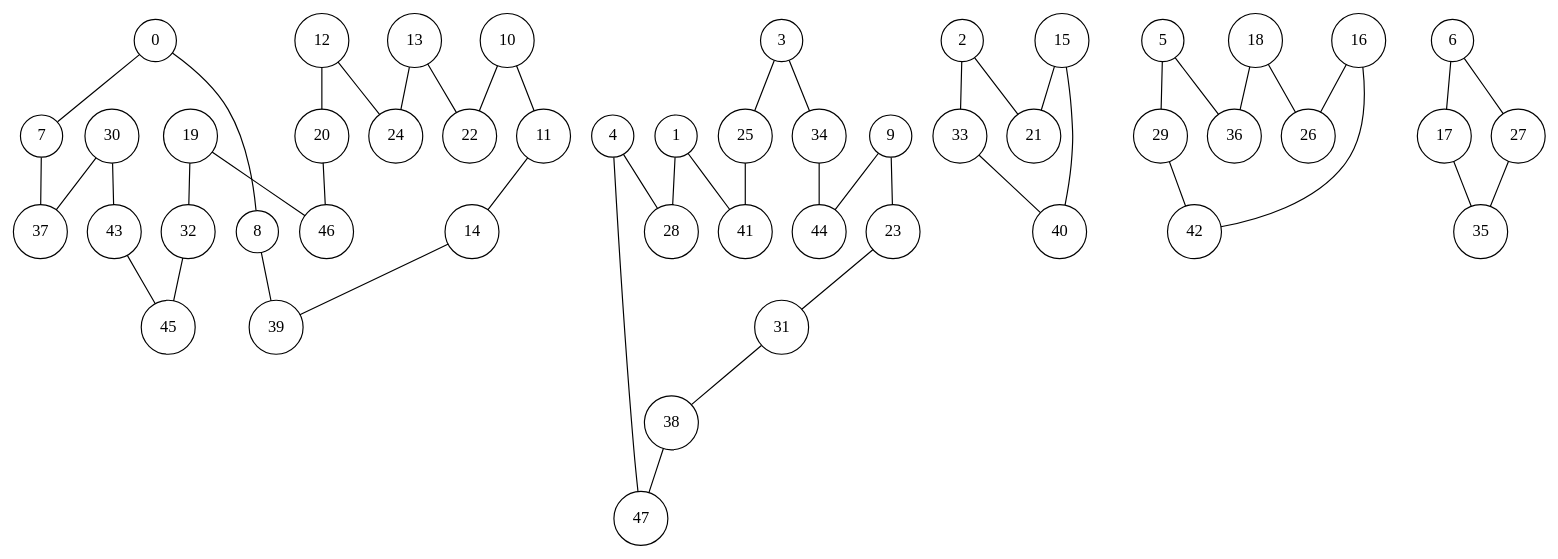
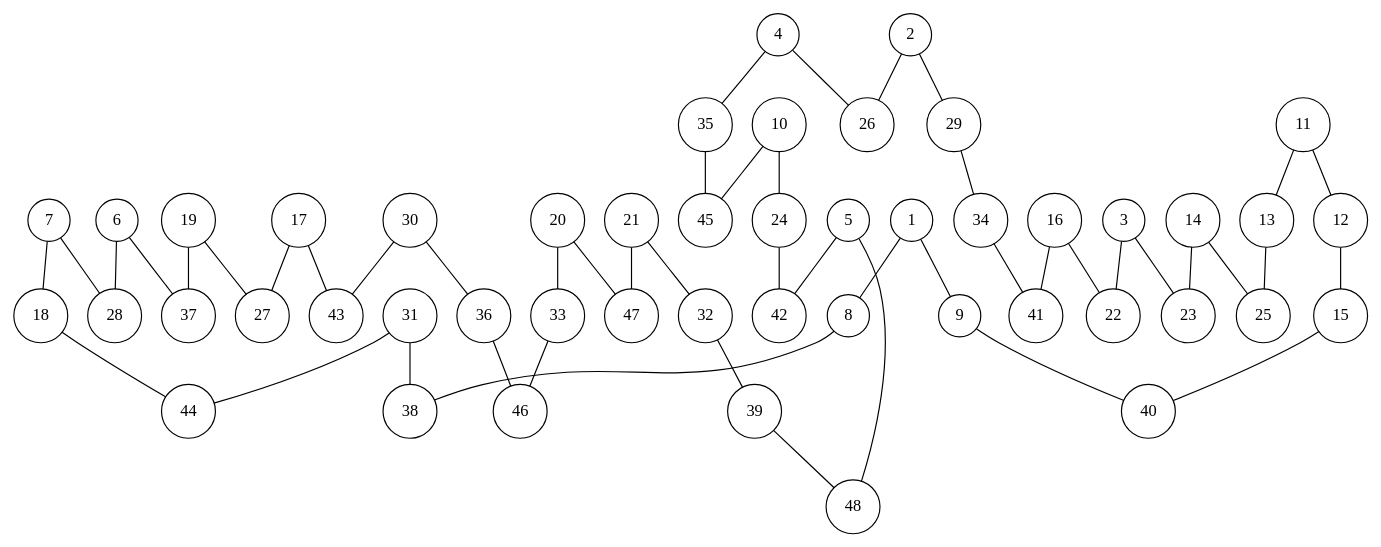
One commit to lugot/tsp-approximation changed the diagram in data_tsplib/att48/att48.dot. Above: the diagram before and after it, drawn with Graphviz. The commit also changed 14 other files, not shown here.

```diff
--- a/data_tsplib/att48/att48.dot
+++ b/data_tsplib/att48/att48.dot
@@ -1,100 +1,100 @@
 graph att48 {
 	node [shape=circle fillcolor=white]
-	0 [ pos = "17.351198,3.743880!"]
-	1 [ pos = "5.753672,0.025767!"]
-	2 [ pos = "14.248905,3.669157!"]
-	3 [ pos = "1.033239,2.166967!"]
-	4 [ pos = "7.941252,4.236022!"]
-	5 [ pos = "19.603195,11.486730!"]
-	6 [ pos = "19.513012,9.574852!"]
-	7 [ pos = "18.719402,3.267199!"]
-	8 [ pos = "17.773770,4.856996!"]
-	9 [ pos = "2.865241,5.279567!"]
-	10 [ pos = "14.089152,6.714764!"]
-	11 [ pos = "15.431590,7.402731!"]
-	12 [ pos = "12.125741,6.889977!"]
-	13 [ pos = "11.883535,5.243494!"]
-	14 [ pos = "16.354032,6.913167!"]
-	15 [ pos = "15.735635,1.723783!"]
-	16 [ pos = "19.610925,13.357382!"]
-	17 [ pos = "19.227003,9.250193!"]
-	18 [ pos = "19.922700,12.169544!"]
-	19 [ pos = "15.202267,9.175470!"]
-	20 [ pos = "11.551147,8.680752!"]
-	21 [ pos = "15.720175,2.860088!"]
-	22 [ pos = "13.396032,5.622262!"]
-	23 [ pos = "4.207678,7.237825!"]
-	24 [ pos = "11.097655,5.982994!"]
-	25 [ pos = "1.739242,2.592115!"]
-	26 [ pos = "19.466632,12.416903!"]
-	27 [ pos = "19.430559,10.257666!"]
-	28 [ pos = "8.186035,1.947952!"]
-	29 [ pos = "18.943571,11.610410!"]
-	30 [ pos = "19.440866,7.217212!"]
-	31 [ pos = "8.361247,8.515846!"]
-	32 [ pos = "16.557588,8.175728!"]
-	33 [ pos = "11.873229,3.086833!"]
-	34 [ pos = "0.059263,5.709869!"]
-	35 [ pos = "18.675599,9.737181!"]
-	36 [ pos = "20.000000,11.839732!"]
-	37 [ pos = "19.046637,5.782015!"]
-	38 [ pos = "8.977068,7.289358!"]
-	39 [ pos = "16.158207,5.501159!"]
-	40 [ pos = "12.844628,0.360732!"]
-	41 [ pos = "4.936872,4.042772!"]
-	42 [ pos = "18.758052,12.623035!"]
-	43 [ pos = "19.348106,8.345787!"]
-	44 [ pos = "0.025767,6.895130!"]
-	45 [ pos = "17.539294,7.711930!"]
-	46 [ pos = "13.359959,8.394744!"]
-	47 [ pos = "7.789230,5.003865!"]
+	1 [ pos = "17.351198,3.743880!"]
+	2 [ pos = "5.753672,0.025767!"]
+	3 [ pos = "14.248905,3.669157!"]
+	4 [ pos = "1.033239,2.166967!"]
+	5 [ pos = "7.941252,4.236022!"]
+	6 [ pos = "19.603195,11.486730!"]
+	7 [ pos = "19.513012,9.574852!"]
+	8 [ pos = "18.719402,3.267199!"]
+	9 [ pos = "17.773770,4.856996!"]
+	10 [ pos = "2.865241,5.279567!"]
+	11 [ pos = "14.089152,6.714764!"]
+	12 [ pos = "15.431590,7.402731!"]
+	13 [ pos = "12.125741,6.889977!"]
+	14 [ pos = "11.883535,5.243494!"]
+	15 [ pos = "16.354032,6.913167!"]
+	16 [ pos = "15.735635,1.723783!"]
+	17 [ pos = "19.610925,13.357382!"]
+	18 [ pos = "19.227003,9.250193!"]
+	19 [ pos = "19.922700,12.169544!"]
+	20 [ pos = "15.202267,9.175470!"]
+	21 [ pos = "11.551147,8.680752!"]
+	22 [ pos = "15.720175,2.860088!"]
+	23 [ pos = "13.396032,5.622262!"]
+	24 [ pos = "4.207678,7.237825!"]
+	25 [ pos = "11.097655,5.982994!"]
+	26 [ pos = "1.739242,2.592115!"]
+	27 [ pos = "19.466632,12.416903!"]
+	28 [ pos = "19.430559,10.257666!"]
+	29 [ pos = "8.186035,1.947952!"]
+	30 [ pos = "18.943571,11.610410!"]
+	31 [ pos = "19.440866,7.217212!"]
+	32 [ pos = "8.361247,8.515846!"]
+	33 [ pos = "16.557588,8.175728!"]
+	34 [ pos = "11.873229,3.086833!"]
+	35 [ pos = "0.059263,5.709869!"]
+	36 [ pos = "18.675599,9.737181!"]
+	37 [ pos = "20.000000,11.839732!"]
+	38 [ pos = "19.046637,5.782015!"]
+	39 [ pos = "8.977068,7.289358!"]
+	40 [ pos = "16.158207,5.501159!"]
+	41 [ pos = "12.844628,0.360732!"]
+	42 [ pos = "4.936872,4.042772!"]
+	43 [ pos = "18.758052,12.623035!"]
+	44 [ pos = "19.348106,8.345787!"]
+	45 [ pos = "0.025767,6.895130!"]
+	46 [ pos = "17.539294,7.711930!"]
+	47 [ pos = "13.359959,8.394744!"]
+	48 [ pos = "7.789230,5.003865!"]
 
-	0 -- 7
-	0 -- 8
-	1 -- 28
-	1 -- 41
-	2 -- 21
-	2 -- 33
-	3 -- 25
-	3 -- 34
-	4 -- 28
-	4 -- 47
-	5 -- 29
-	5 -- 36
-	6 -- 17
-	6 -- 27
-	7 -- 37
-	8 -- 39
-	9 -- 23
-	9 -- 44
-	10 -- 11
-	10 -- 22
-	11 -- 14
-	12 -- 20
-	12 -- 24
-	13 -- 22
-	13 -- 24
-	14 -- 39
-	15 -- 21
+	1 -- 8
+	1 -- 9
+	2 -- 26
+	2 -- 29
+	3 -- 22
+	3 -- 23
+	4 -- 26
+	4 -- 35
+	5 -- 42
+	5 -- 48
+	6 -- 28
+	6 -- 37
+	7 -- 18
+	7 -- 28
+	8 -- 38
+	9 -- 40
+	10 -- 24
+	10 -- 45
+	11 -- 12
+	11 -- 13
+	12 -- 15
+	13 -- 25
+	14 -- 23
+	14 -- 25
 	15 -- 40
-	16 -- 26
-	16 -- 42
-	17 -- 35
-	18 -- 26
-	18 -- 36
-	19 -- 32
-	19 -- 46
-	20 -- 46
-	23 -- 31
-	25 -- 41
-	27 -- 35
-	29 -- 42
-	30 -- 37
+	16 -- 22
+	16 -- 41
+	17 -- 27
+	17 -- 43
+	18 -- 44
+	19 -- 27
+	19 -- 37
+	20 -- 33
+	20 -- 47
+	21 -- 32
+	21 -- 47
+	24 -- 42
+	29 -- 34
+	30 -- 36
 	30 -- 43
 	31 -- 38
-	32 -- 45
-	33 -- 40
-	34 -- 44
-	38 -- 47
-	43 -- 45
+	31 -- 44
+	32 -- 39
+	33 -- 46
+	34 -- 41
+	35 -- 45
+	36 -- 46
+	39 -- 48
 }
```
